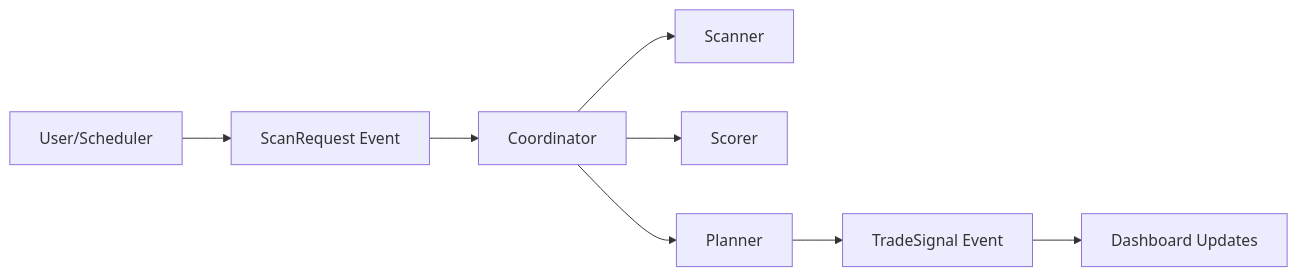
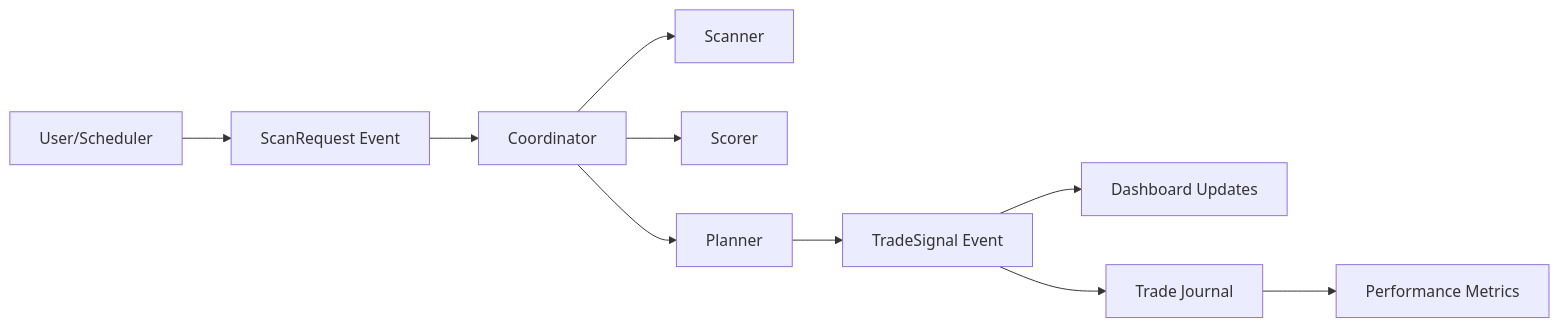
The diagram in README.md (monirul-islam-47/fin_agent_v0_050625), drawn with Mermaid before and after one commit. The commit also changed other lines of this file and 7 other files, not shown here.

````diff
--- a/README.md
+++ b/README.md
@@ -125,10 +133,12 @@
 ```mermaid
 graph LR
     A[User/Scheduler] --> B[ScanRequest Event]
     B --> C[Coordinator]
     C --> D[Scanner]
     C --> E[Scorer]
     C --> F[Planner]
     F --> G[TradeSignal Event]
     G --> H[Dashboard Updates]
+    G --> I[Trade Journal]
+    I --> J[Performance Metrics]
 ```
````
